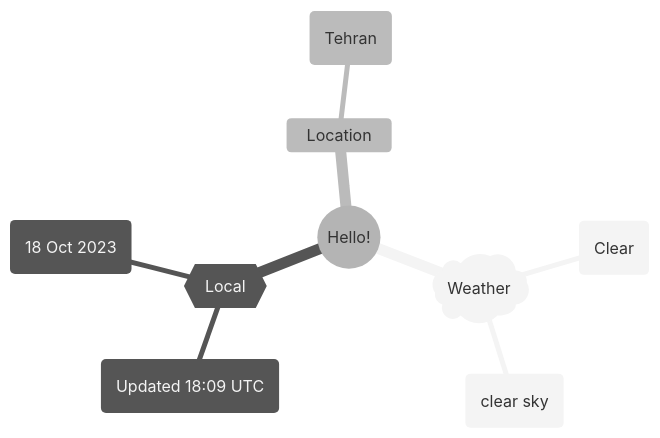
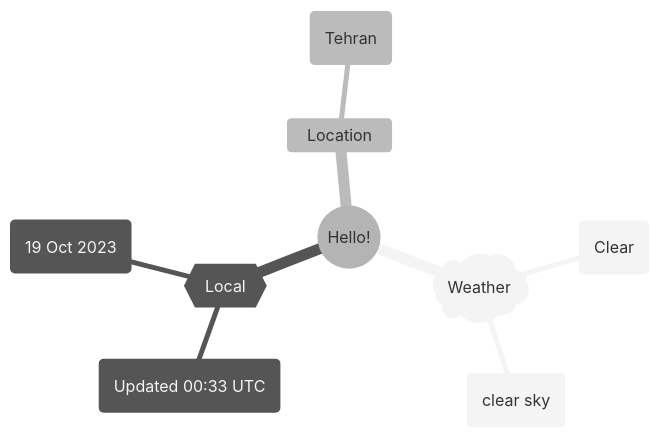
One commit to Xosrov/Xosrov changed the first of 2 diagrams in README.md. Above: the diagram before and after it, drawn with Mermaid (neutral theme).

Commit message:
[bot] updated images

````diff
--- a/README.md
+++ b/README.md
@@ -3,12 +3,12 @@
 ```mermaid
 mindmap
   root((Hello!))
     )Weather(
         (Clear)
         (clear sky)
     {{Local}}
-        (Updated 18:09 UTC)
-        (18 Oct 2023)
+        (Updated 00:33 UTC)
+        (19 Oct 2023)
     Location
         (Tehran)
 ```
````
